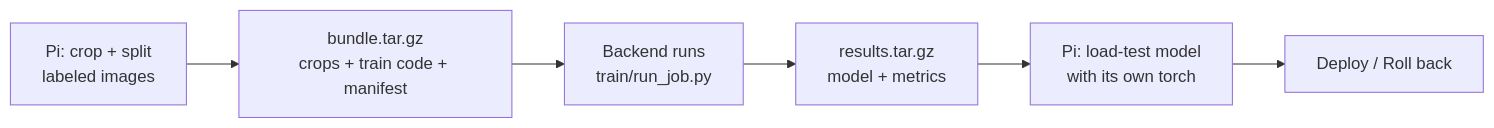
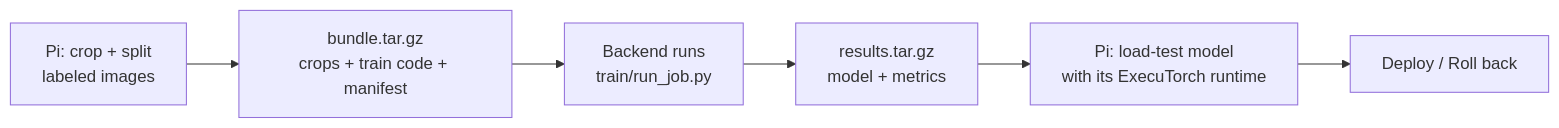
One commit to zstrathe/Purrceptron changed the second of 2 diagrams in README.md. Above: the diagram before and after it, drawn with Mermaid. The commit also changed other lines of this file and 27 other files, not shown here.

````diff
--- a/README.md
+++ b/README.md
@@ -334,8 +344,8 @@
 ```mermaid
 flowchart LR
     A["Pi: crop + split<br/>labeled images"] --> B["bundle.tar.gz<br/>crops + train code + manifest"]
     B --> C["Backend runs<br/>train/run_job.py"]
     C --> D["results.tar.gz<br/>model + metrics"]
-    D --> E["Pi: load-test model<br/>with its own torch"]
+    D --> E["Pi: load-test model<br/>with its ExecuTorch runtime"]
     E --> F["Deploy / Roll back"]
 ```
````
